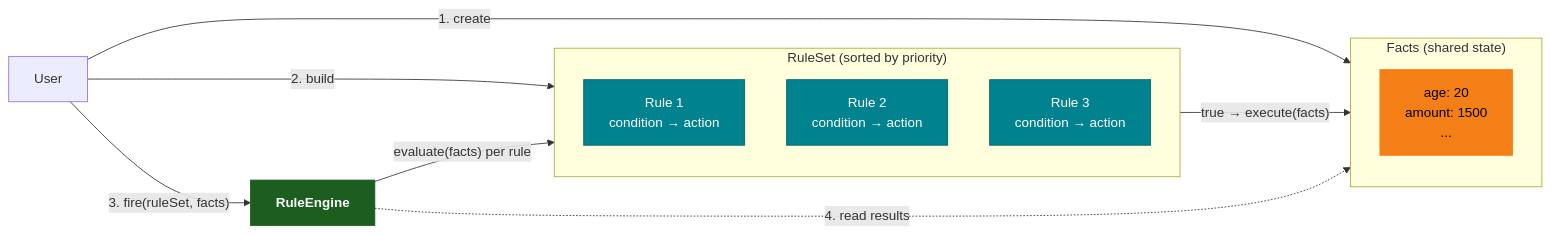
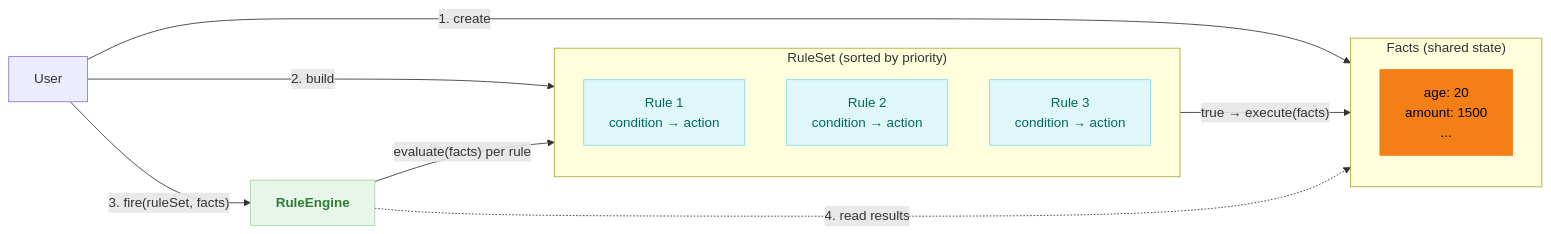
One commit to bluetape4k/bluetape4k-projects changed the first of 8 diagrams in utils/rule-engine/README.md. Above: the diagram before and after it, drawn with Mermaid. The commit also changed other lines of this file and 219 other files, not shown here.

First line of the commit message:
docs: 전체 README Mermaid 다이어그램 가이드 적용

````diff
--- a/utils/rule-engine/README.md
+++ b/utils/rule-engine/README.md
@@ -14,28 +14,28 @@
 ```mermaid
 flowchart LR
     subgraph Facts["Facts (shared state)"]
         KV["age: 20\namount: 1500\n..."]
     end
 
     subgraph RS["RuleSet (sorted by priority)"]
         R1["Rule 1\ncondition → action"]
         R2["Rule 2\ncondition → action"]
         R3["Rule 3\ncondition → action"]
     end
 
     User -->|" 1. create "| Facts
     User -->|" 2. build "| RS
     User -->|" 3. fire(ruleSet, facts) "| RE[RuleEngine]
     RE -->|" evaluate(facts) per rule "| RS
     RS -->|" true → execute(facts) "| Facts
     RE -.->|" 4. read results "| Facts
 
-    classDef coreStyle fill:#1B5E20,stroke:#1B5E20,color:#FFFFFF,font-weight:bold
-    classDef serviceStyle fill:#1565C0,stroke:#1565C0,color:#FFFFFF
+    classDef coreStyle fill:#E8F5E9,stroke:#A5D6A7,color:#2E7D32,font-weight:bold
+    classDef serviceStyle fill:#E3F2FD,stroke:#90CAF9,color:#1565C0
     classDef dataStyle fill:#F57F17,stroke:#F57F17,color:#000000
-    classDef dslStyle fill:#00838F,stroke:#006064,color:#FFFFFF
+    classDef dslStyle fill:#E0F7FA,stroke:#80DEEA,color:#00695C
 
     class RE coreStyle
     class R1,R2,R3 dslStyle
     class KV dataStyle
 ```
````
